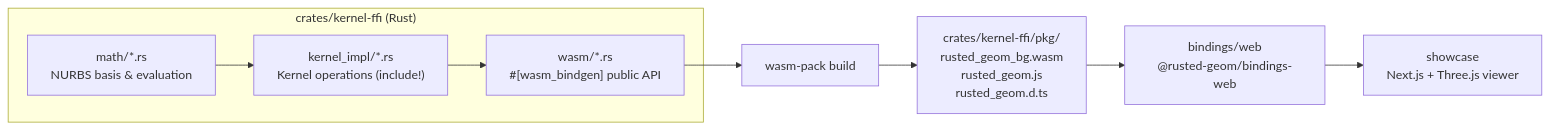
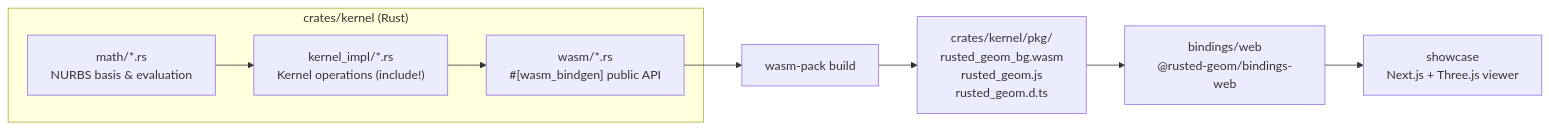
One commit to RustedGeom/rusted-geom changed the diagram in docs/architecture/kernel-module-map.md. Above: the diagram before and after it, drawn with Mermaid. The commit also changed other lines of this file and 171 other files, not shown here.

````diff
--- a/docs/architecture/kernel-module-map.md
+++ b/docs/architecture/kernel-module-map.md
@@ -7,15 +7,15 @@
 ```mermaid
 flowchart LR
-  subgraph Rust["crates/kernel-ffi (Rust)"]
+  subgraph Rust["crates/kernel (Rust)"]
     MATH["math/*.rs\nNURBS basis & evaluation"]
     IMPL["kernel_impl/*.rs\nKernel operations (include!)"]
     WASM_API["wasm/*.rs\n#[wasm_bindgen] public API"]
     MATH --> IMPL
     IMPL --> WASM_API
   end
 
   WASM_API --> WASMPACK["wasm-pack build"]
-  WASMPACK --> PKG["crates/kernel-ffi/pkg/\nrusted_geom_bg.wasm\nrusted_geom.js\nrusted_geom.d.ts"]
+  WASMPACK --> PKG["crates/kernel/pkg/\nrusted_geom_bg.wasm\nrusted_geom.js\nrusted_geom.d.ts"]
   PKG --> WEBPKG["bindings/web\n@rusted-geom/bindings-web"]
   WEBPKG --> SHOWCASE["showcase\nNext.js + Three.js viewer"]
 ```
````
